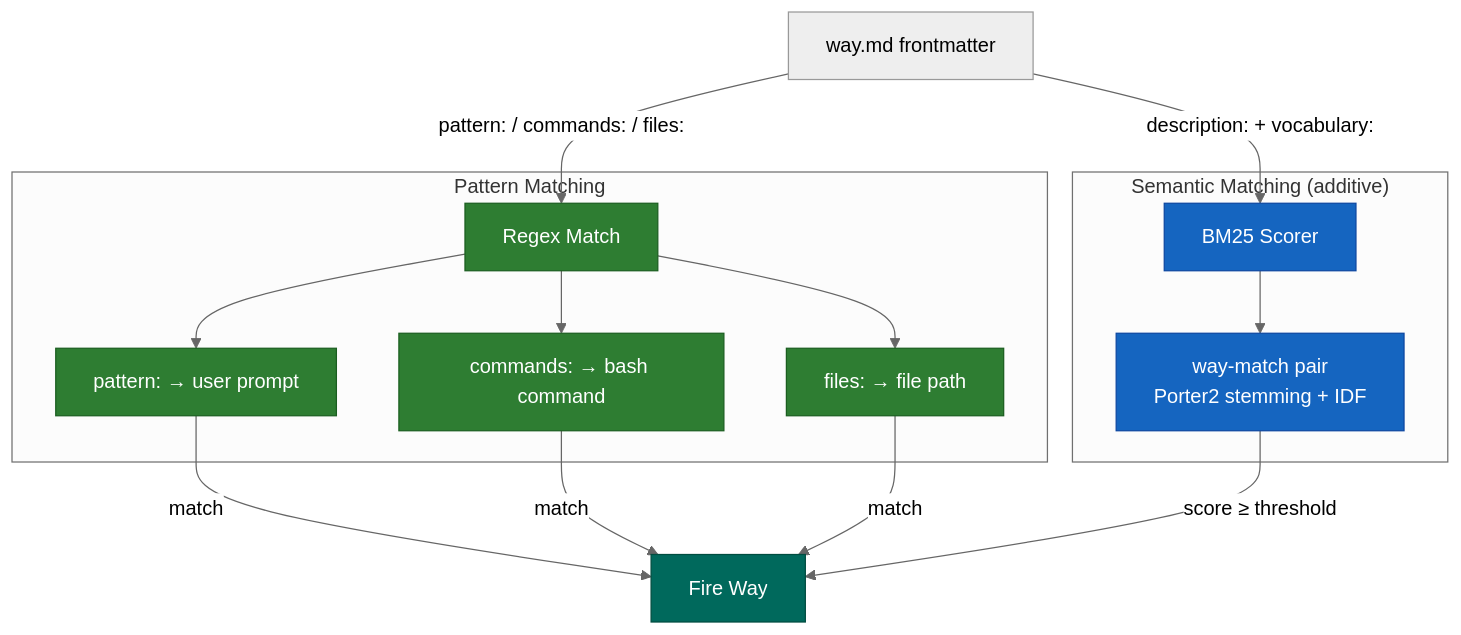
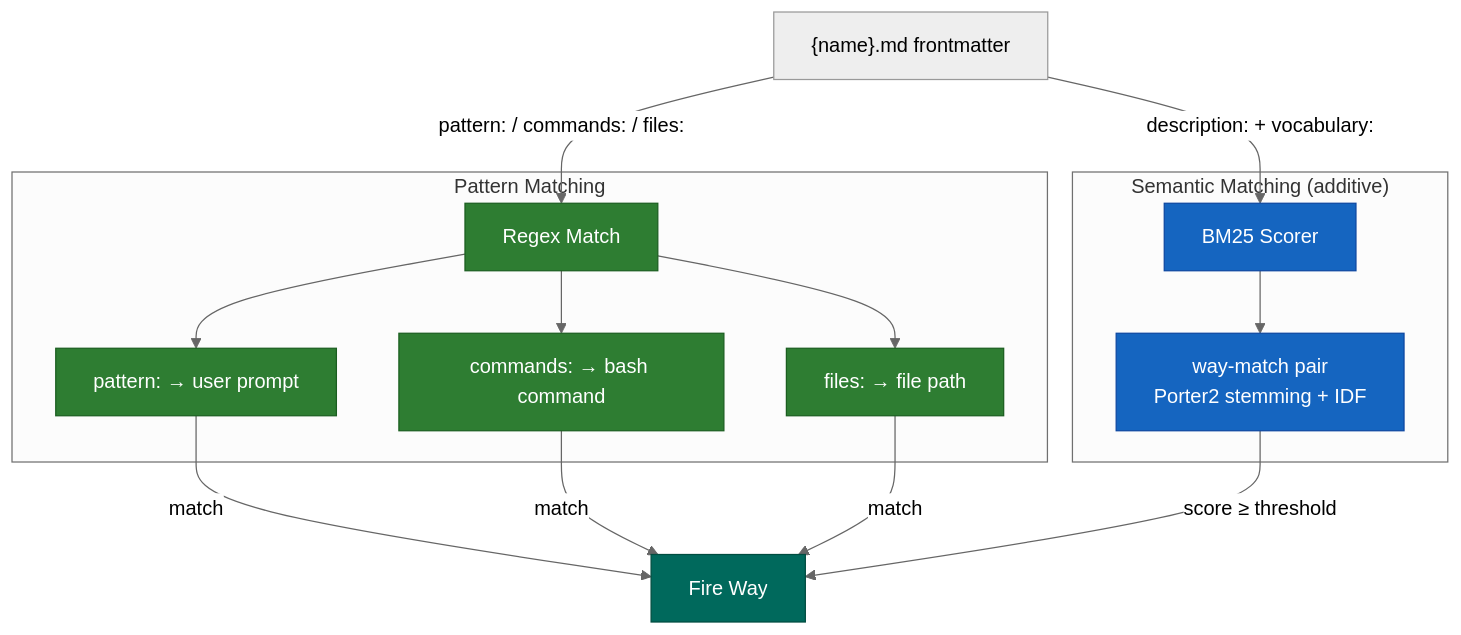
Before and after one commit to ctracey/claude-code-config: the second of 6 diagrams in docs/hooks-and-ways.md, drawn with Mermaid (neutral theme). The commit also changed other lines of this file and 39 other files, not shown here.

First line of the commit message:
docs(ways): update all references from way.md to {name}.md (ADR-110 iter 2)

````diff
--- a/docs/hooks-and-ways.md
+++ b/docs/hooks-and-ways.md
@@ -137,28 +137,28 @@
 ```mermaid
 flowchart TD
     classDef regex fill:#2E7D32,stroke:#1B5E20,color:#fff
     classDef semantic fill:#1565C0,stroke:#0D47A1,color:#fff
     classDef decision fill:#E65100,stroke:#BF360C,color:#fff
     classDef result fill:#00695C,stroke:#004D40,color:#fff
 
-    W[way.md frontmatter]
+    W["{name}.md frontmatter"]
     W -->|"pattern: / commands: / files:"| R
     W -->|"description: + vocabulary:"| S
 
     subgraph RX ["Pattern Matching"]
         R[Regex Match]:::regex
         R --> RP["pattern: → user prompt"]:::regex
         R --> RC["commands: → bash command"]:::regex
         R --> RF["files: → file path"]:::regex
     end
 
     subgraph SM ["Semantic Matching (additive)"]
         S[BM25 Scorer]:::semantic
         S --> BM["way-match pair<br/>Porter2 stemming + IDF"]:::semantic
     end
 
     RP -->|match| FIRE[Fire Way]:::result
     RC -->|match| FIRE
     RF -->|match| FIRE
     BM -->|"score ≥ threshold"| FIRE
 ```
````
